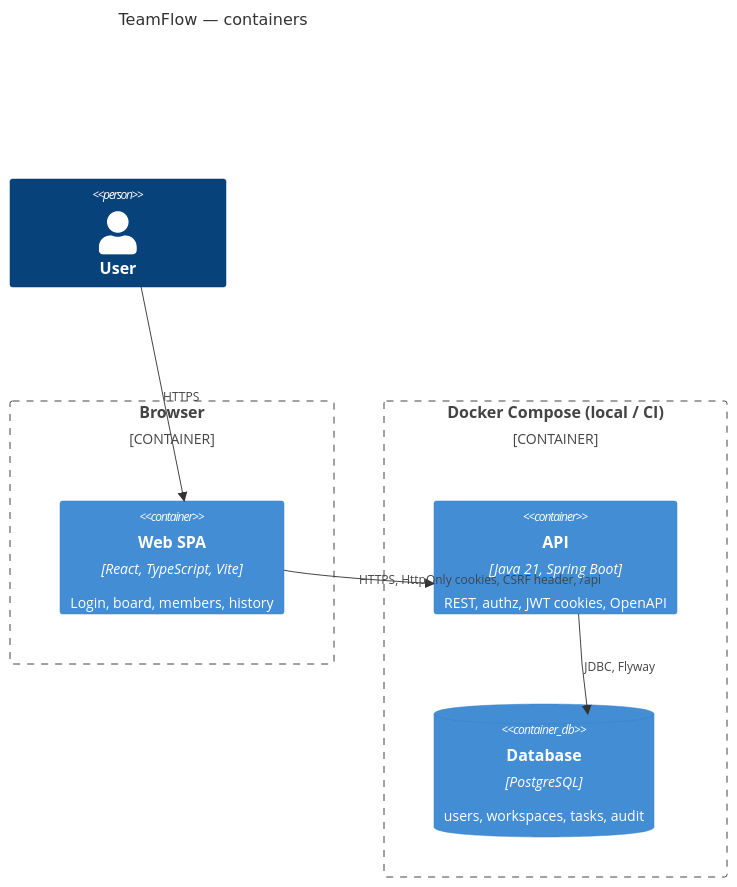
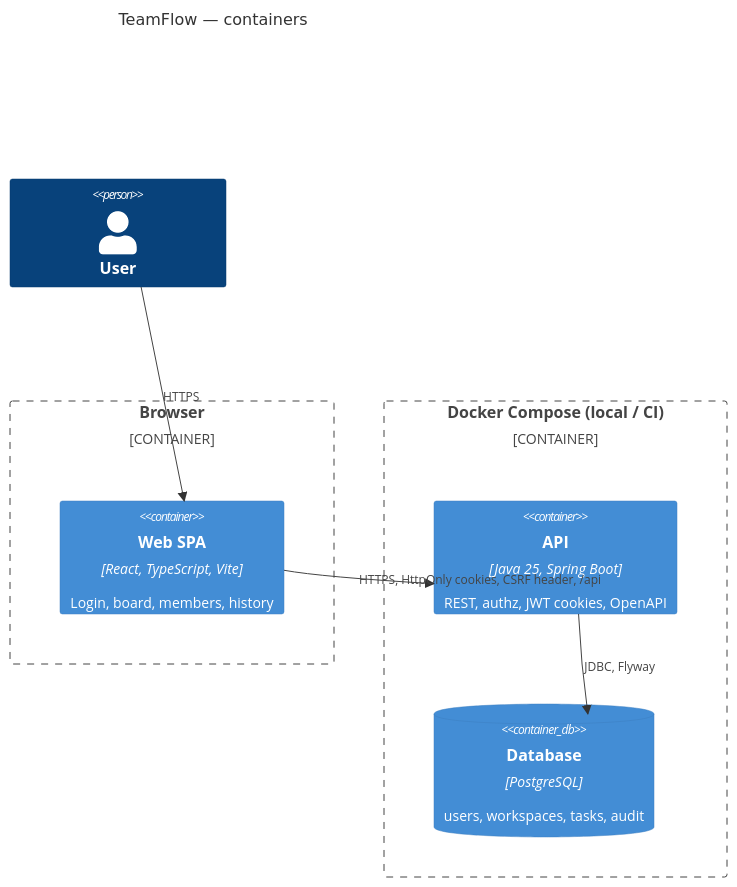
One commit to eyubin/team-flow changed the second of 3 diagrams in docs/diagrams/c4.md. Above: the diagram before and after it, drawn with Mermaid. The commit also changed other lines of this file and 76 other files, not shown here.

````diff
--- a/docs/diagrams/c4.md
+++ b/docs/diagrams/c4.md
@@ -27,19 +27,19 @@
 ```mermaid
 C4Container
   title TeamFlow — containers
 
   Person(user, "User")
 
   Container_Boundary(browser, "Browser") {
     Container(spa, "Web SPA", "React, TypeScript, Vite", "Login, board, members, history")
   }
 
   Container_Boundary(compose, "Docker Compose (local / CI)") {
-    Container(api, "API", "Java 21, Spring Boot", "REST, authz, JWT cookies, OpenAPI")
+    Container(api, "API", "Java 25, Spring Boot", "REST, authz, JWT cookies, OpenAPI")
     ContainerDb(db, "Database", "PostgreSQL", "users, workspaces, tasks, audit")
   }
 
   Rel(user, spa, "HTTPS")
   Rel(spa, api, "HTTPS, HttpOnly cookies, CSRF header, /api")
   Rel(api, db, "JDBC, Flyway")
 ```
````
